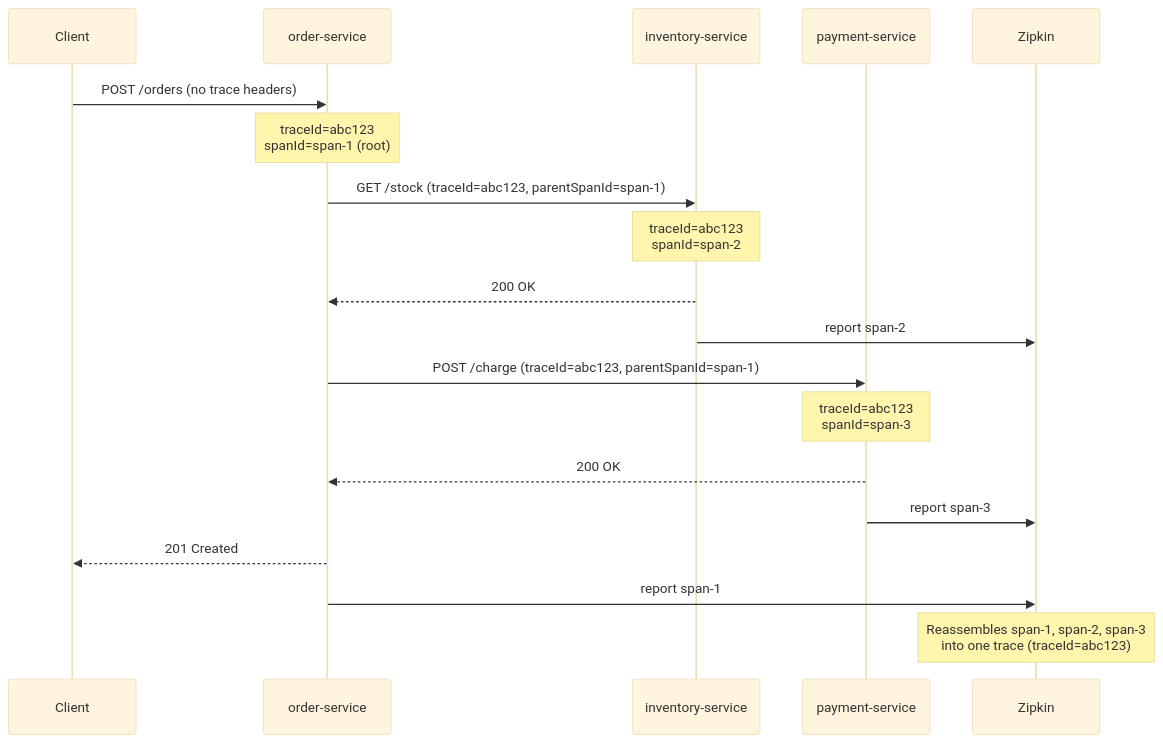
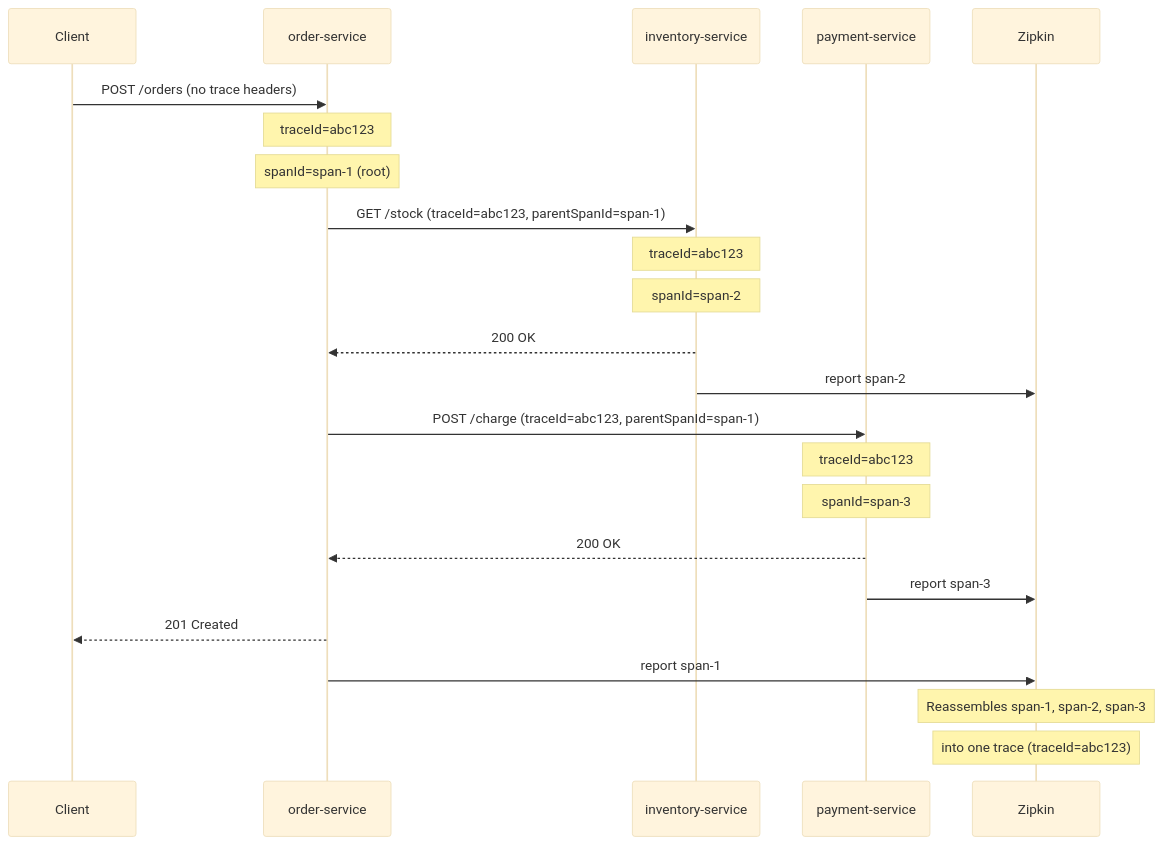
One commit to abhishekghoshh/spring-boot-helper changed the second of 5 diagrams in docs/spring-cloud/010-distributed-tracing.md. Above: the diagram before and after it, drawn with Mermaid (base theme). The commit also changed 101 other files, not shown here.

````diff
--- a/docs/spring-cloud/010-distributed-tracing.md
+++ b/docs/spring-cloud/010-distributed-tracing.md
@@ -177,22 +177,26 @@
 ```mermaid
 sequenceDiagram
     participant Client
     participant OrderService as order-service
     participant InventoryService as inventory-service
     participant PaymentService as payment-service
     participant Zipkin
 
     Client->>OrderService: POST /orders (no trace headers)
-    Note over OrderService: traceId=abc123<br/>spanId=span-1 (root)
+    Note over OrderService: traceId=abc123
+    Note over OrderService: spanId=span-1 (root)
     OrderService->>InventoryService: GET /stock (traceId=abc123, parentSpanId=span-1)
-    Note over InventoryService: traceId=abc123<br/>spanId=span-2
+    Note over InventoryService: traceId=abc123
+    Note over InventoryService: spanId=span-2
     InventoryService-->>OrderService: 200 OK
     InventoryService->>Zipkin: report span-2
     OrderService->>PaymentService: POST /charge (traceId=abc123, parentSpanId=span-1)
-    Note over PaymentService: traceId=abc123<br/>spanId=span-3
+    Note over PaymentService: traceId=abc123
+    Note over PaymentService: spanId=span-3
     PaymentService-->>OrderService: 200 OK
     PaymentService->>Zipkin: report span-3
     OrderService-->>Client: 201 Created
     OrderService->>Zipkin: report span-1
-    Note over Zipkin: Reassembles span-1, span-2, span-3<br/>into one trace (traceId=abc123)
+    Note over Zipkin: Reassembles span-1, span-2, span-3
+    Note over Zipkin: into one trace (traceId=abc123)
 ```
````
